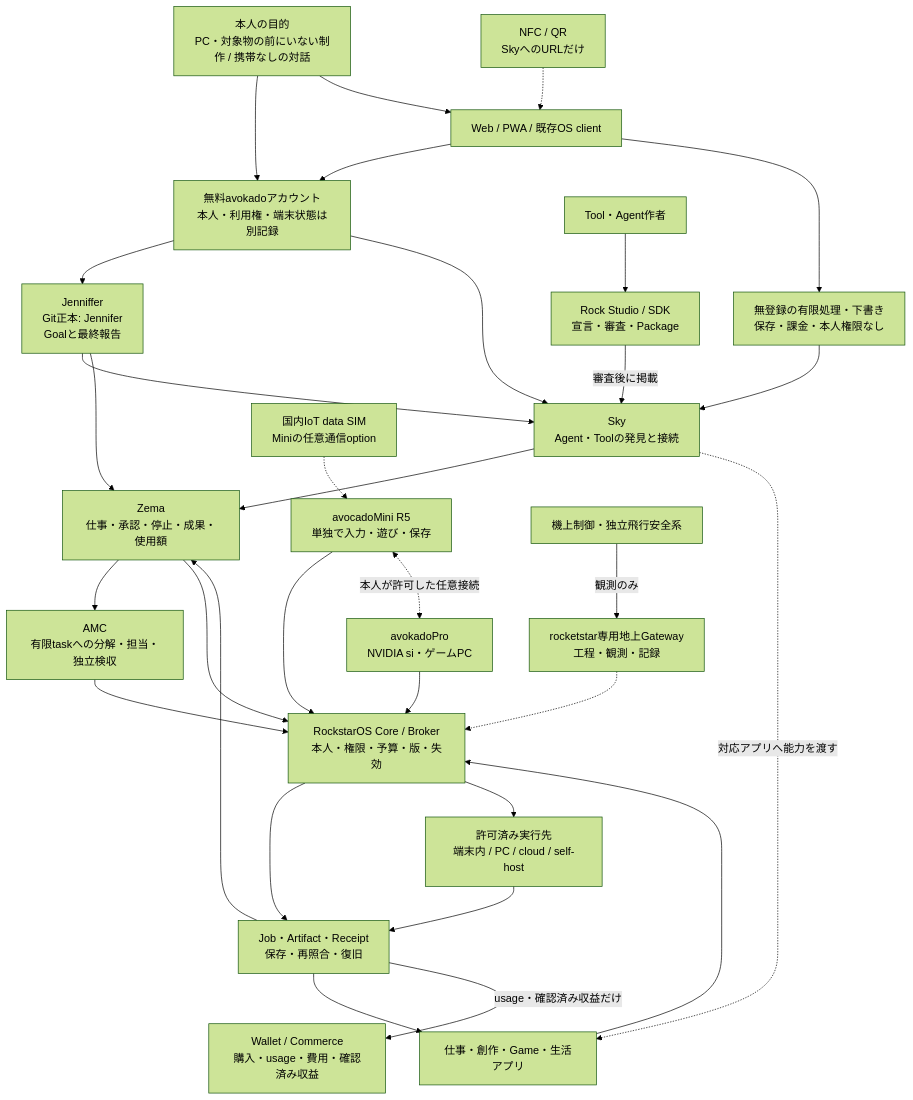
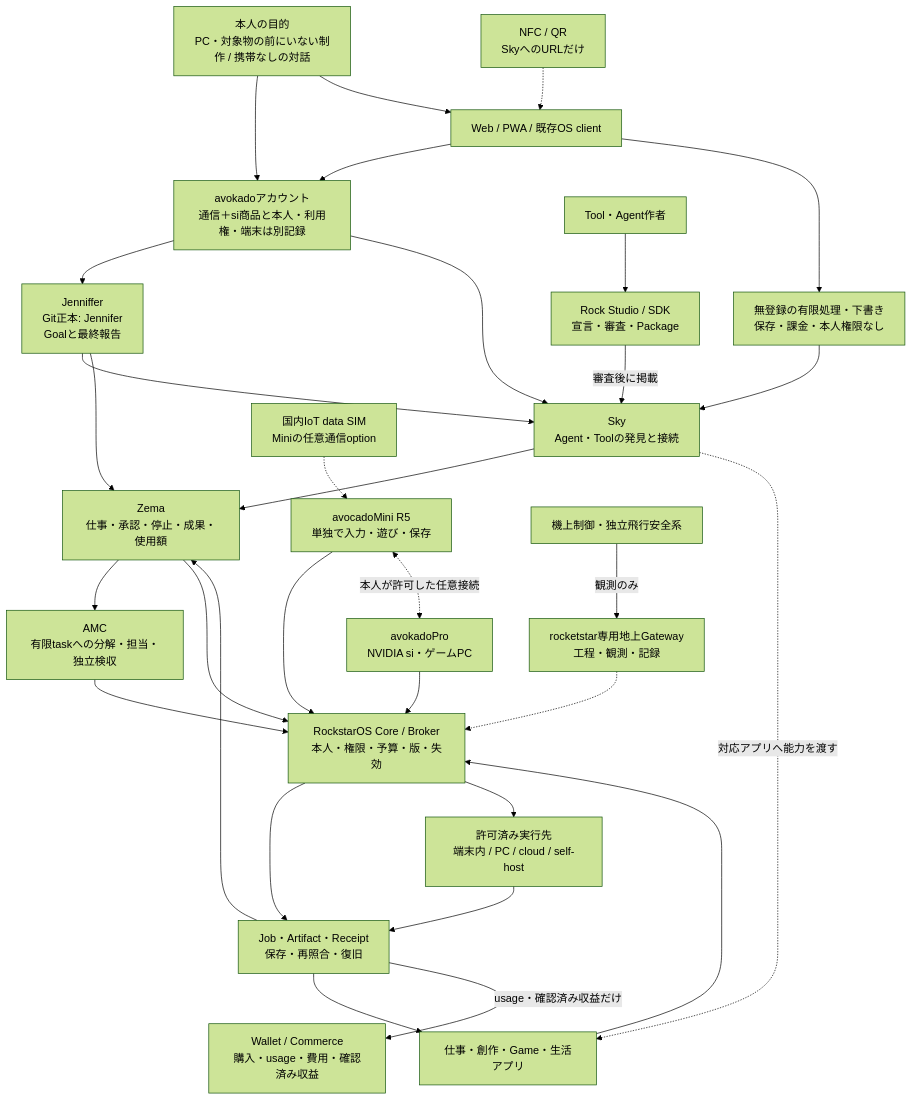
Before and after one commit to k999ln/rock: the first of 3 diagrams in docs/rockstaros-product-system-map.md, drawn with Mermaid (forest theme). The commit also changed other lines of this file and 26 other files, not shown here.

Commit message:
docs: rebuild eSIM and cloud foundation around GrapheneOS feasibility

````diff
--- a/docs/rockstaros-product-system-map.md
+++ b/docs/rockstaros-product-system-map.md
@@ -19,33 +19,33 @@
 ```mermaid
 flowchart TB
-  U["本人の目的<br/>PC・対象物の前にいない制作 / 携帯なしの対話"] --> ACCOUNT["無料avokadoアカウント<br/>本人・利用権・端末状態は別記録"]
+  U["本人の目的<br/>PC・対象物の前にいない制作 / 携帯なしの対話"] --> ACCOUNT["avokadoアカウント<br/>通信＋si商品と本人・利用権・端末は別記録"]
   U --> WEB["Web / PWA / 既存OS client"]
   WEB --> ACCOUNT
   WEB --> GUEST["無登録の有限処理・下書き<br/>保存・課金・本人権限なし"]
   NFC["NFC / QR<br/>SkyへのURLだけ"] -.-> WEB
   ACCOUNT --> J["Jenniffer<br/>Git正本: Jennifer<br/>Goalと最終報告"]
   ACCOUNT --> SKY["Sky<br/>Agent・Toolの発見と接続"]
   GUEST --> SKY
   J --> SKY
   J --> Z["Zema<br/>仕事・承認・停止・成果・使用額"]
   SKY --> Z
   Z --> AMC["AMC<br/>有限taskへの分解・担当・独立検収"]
   Z --> CORE["RockstarOS Core / Broker<br/>本人・権限・予算・版・失効"]
   AMC --> CORE
   SKY -. "対応アプリへ能力を渡す" .-> APPS["仕事・創作・Game・生活アプリ"]
   APPS --> CORE
   CORE --> JOB["Job・Artifact・Receipt<br/>保存・再照合・復旧"]
   CORE --> RUN["許可済み実行先<br/>端末内 / PC / cloud / self-host"]
   RUN --> JOB
   JOB --> Z
   JOB --> APPS
   JOB -->|"usage・確認済み収益だけ"| WALLET["Wallet / Commerce<br/>購入・usage・費用・確認済み収益"]
   AUTHOR["Tool・Agent作者"] --> STUDIO["Rock Studio / SDK<br/>宣言・審査・Package"]
   STUDIO -->|"審査後に掲載"| SKY
   MINI["avocadoMini R5<br/>単独で入力・遊び・保存"] --> CORE
   PRO["avokadoPro<br/>NVIDIA si・ゲームPC"] --> CORE
   MINI <-. "本人が許可した任意接続" .-> PRO
   SIM["国内IoT data SIM<br/>Miniの任意通信option"] -.-> MINI
   RS["rocketstar専用地上Gateway<br/>工程・観測・記録"] -.-> CORE
   FLIGHT["機上制御・独立飛行安全系"] -->|"観測のみ"| RS
 ```
````
